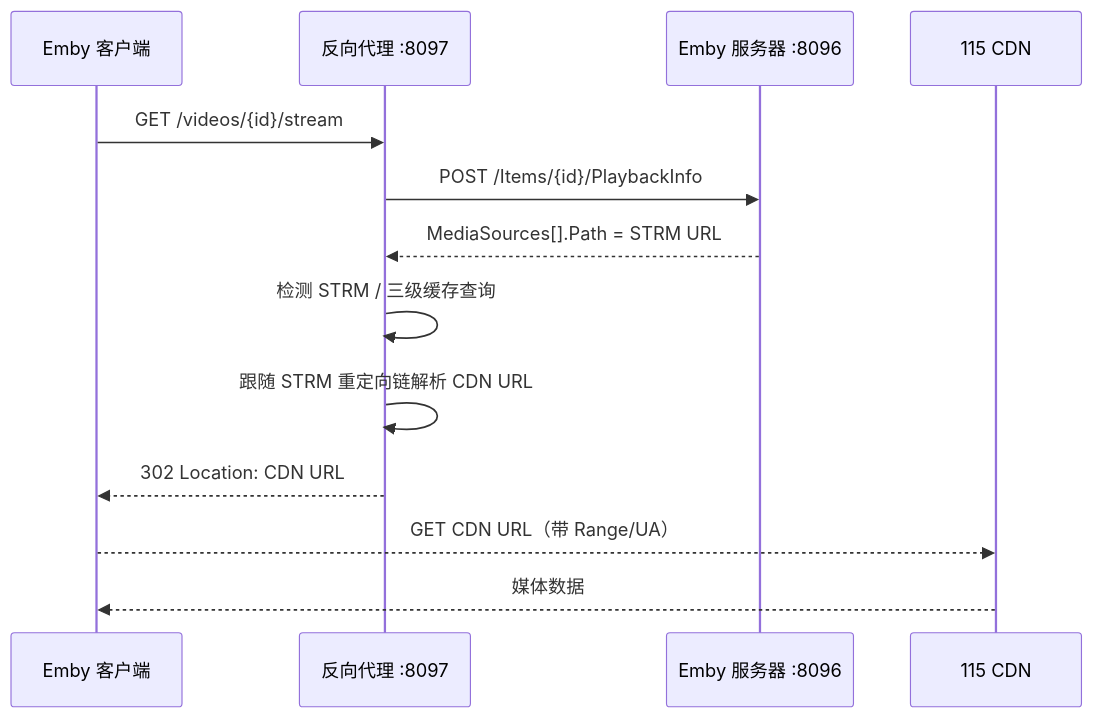
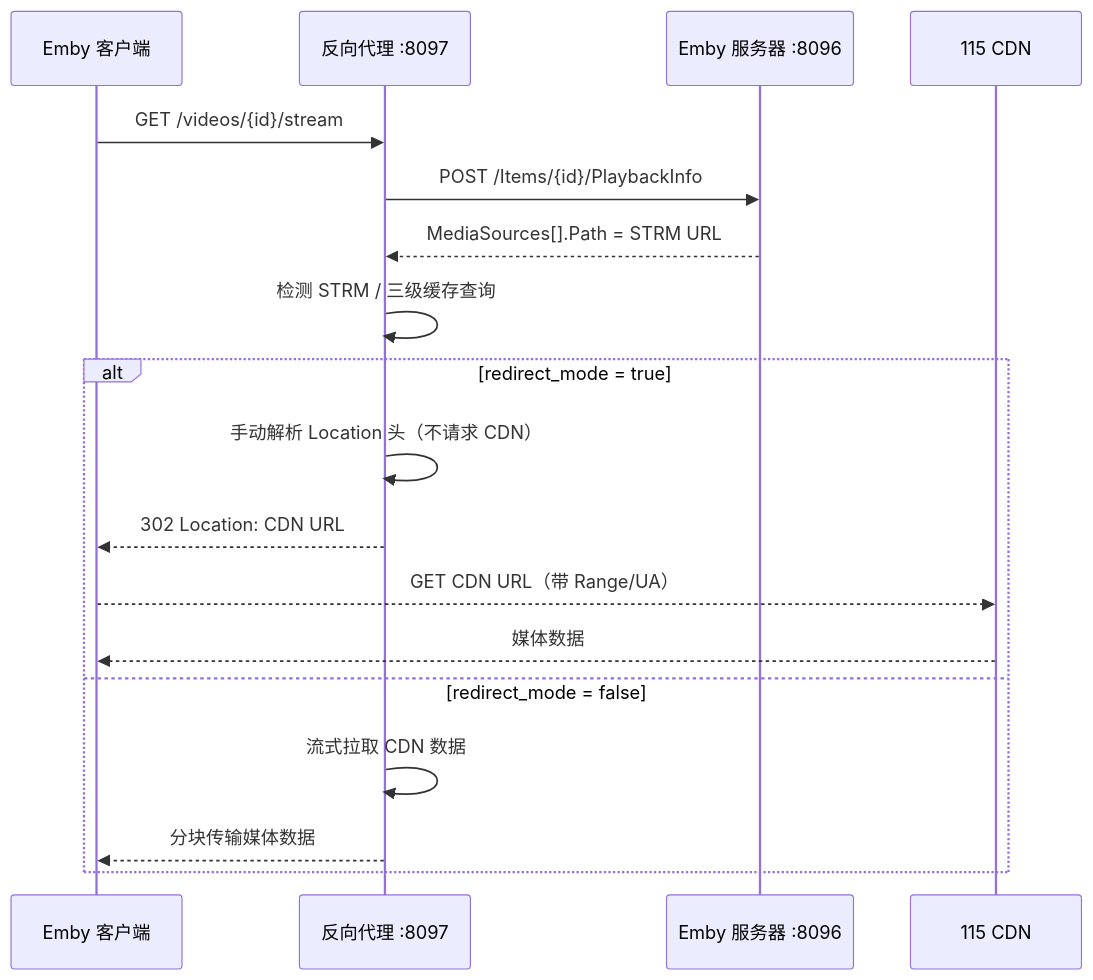
Before and after one commit to cdlongbow/115StrmTool: the second of 3 diagrams in .monkeycode/docs/ARCHITECTURE.md, drawn with Mermaid. The commit also changed other lines of this file and 3 other files, not shown here.

Commit message:
docs: 同步文档更新 — redirect_mode、同步进度、清理残留、Path 替换等

````diff
--- a/.monkeycode/docs/ARCHITECTURE.md
+++ b/.monkeycode/docs/ARCHITECTURE.md
@@ -147,16 +148,21 @@
 ```mermaid
 sequenceDiagram
     participant Client as Emby 客户端
     participant Proxy as 反向代理 :8097
     participant EmbySrv as Emby 服务器 :8096
     participant CDN as 115 CDN
 
     Client->>Proxy: GET /videos/{id}/stream
     Proxy->>EmbySrv: POST /Items/{id}/PlaybackInfo
     EmbySrv-->>Proxy: MediaSources[].Path = STRM URL
     Proxy->>Proxy: 检测 STRM / 三级缓存查询
-    Proxy->>Proxy: 跟随 STRM 重定向链解析 CDN URL
-    Proxy-->>Client: 302 Location: CDN URL
-    Client-->>CDN: GET CDN URL（带 Range/UA）
-    CDN-->>Client: 媒体数据
+    alt redirect_mode = true
+        Proxy->>Proxy: 手动解析 Location 头（不请求 CDN）
+        Proxy-->>Client: 302 Location: CDN URL
+        Client-->>CDN: GET CDN URL（带 Range/UA）
+        CDN-->>Client: 媒体数据
+    else redirect_mode = false
+        Proxy->>Proxy: 流式拉取 CDN 数据
+        Proxy-->>Client: 分块传输媒体数据
+    end
 ```
````
